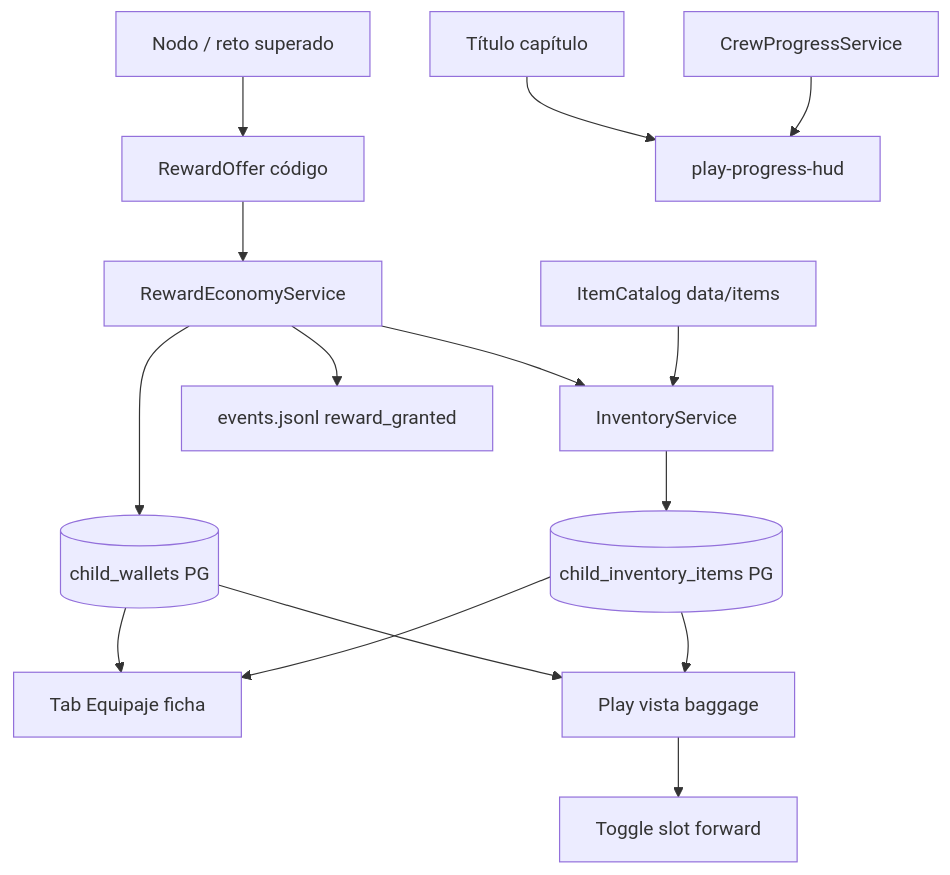
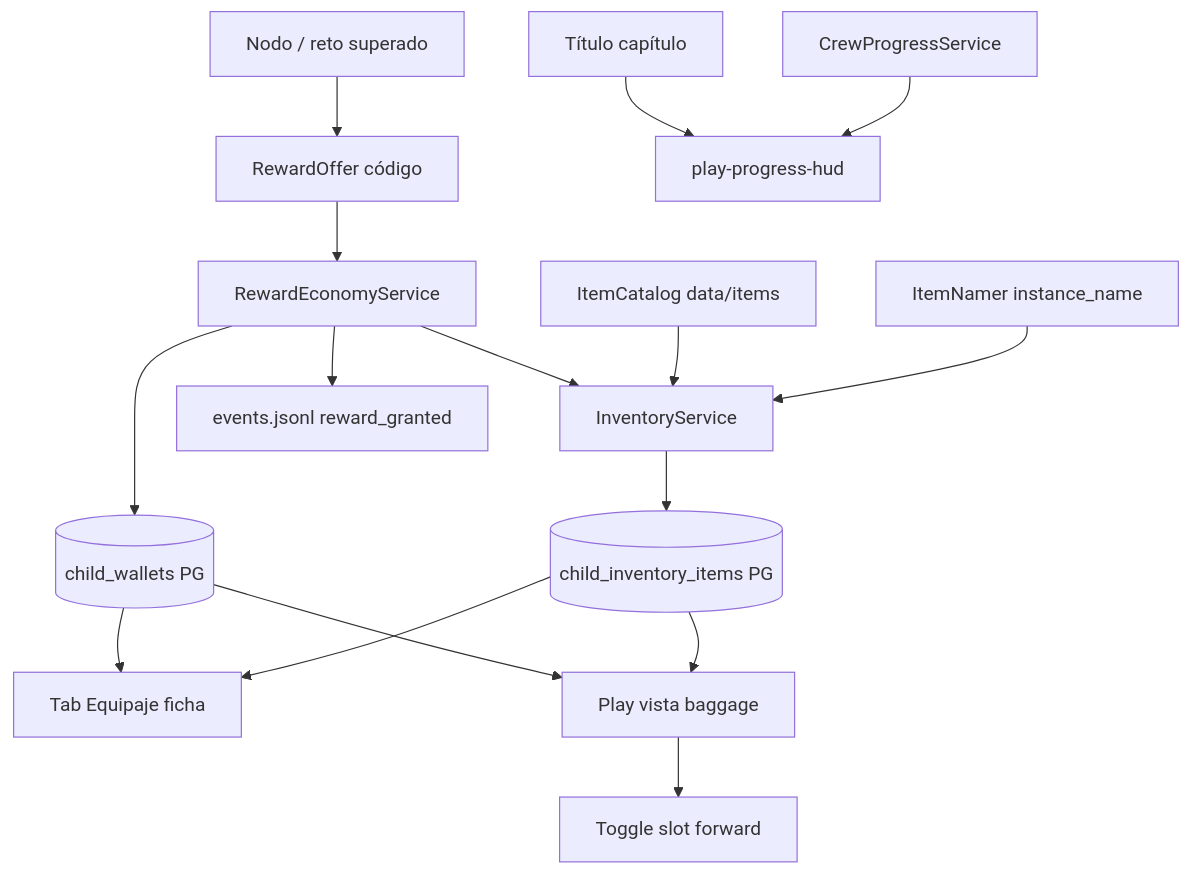
The diagram in .cursor/diagrams/19-rewards-inventory.md (KuiperBelt-PRO/kidepik), drawn with Mermaid before and after one commit. The commit also changed other lines of this file and 48 other files, not shown here.

````diff
--- a/.cursor/diagrams/19-rewards-inventory.md
+++ b/.cursor/diagrams/19-rewards-inventory.md
@@ -5,17 +5,18 @@
 ```mermaid
 flowchart TB
   Path[Nodo / reto superado] --> Offer[RewardOffer código]
   Offer --> Econ[RewardEconomyService]
   Econ --> Wallet[(child_wallets PG)]
   Econ --> Inv[InventoryService]
   Inv --> Items[(child_inventory_items PG)]
   Econ --> Ledger[events.jsonl reward_granted]
   Catalog[ItemCatalog data/items] --> Inv
+  Namer[ItemNamer instance_name] --> Inv
   Wallet --> TutorUI[Tab Equipaje ficha]
   Items --> TutorUI
   Wallet --> PlayUI[Play vista baggage]
   Items --> PlayUI
   PlayUI --> Toggle[Toggle slot forward]
   Chapter[Título capítulo] --> HUD[play-progress-hud]
   CrewProg[CrewProgressService] --> HUD
 ```
````
